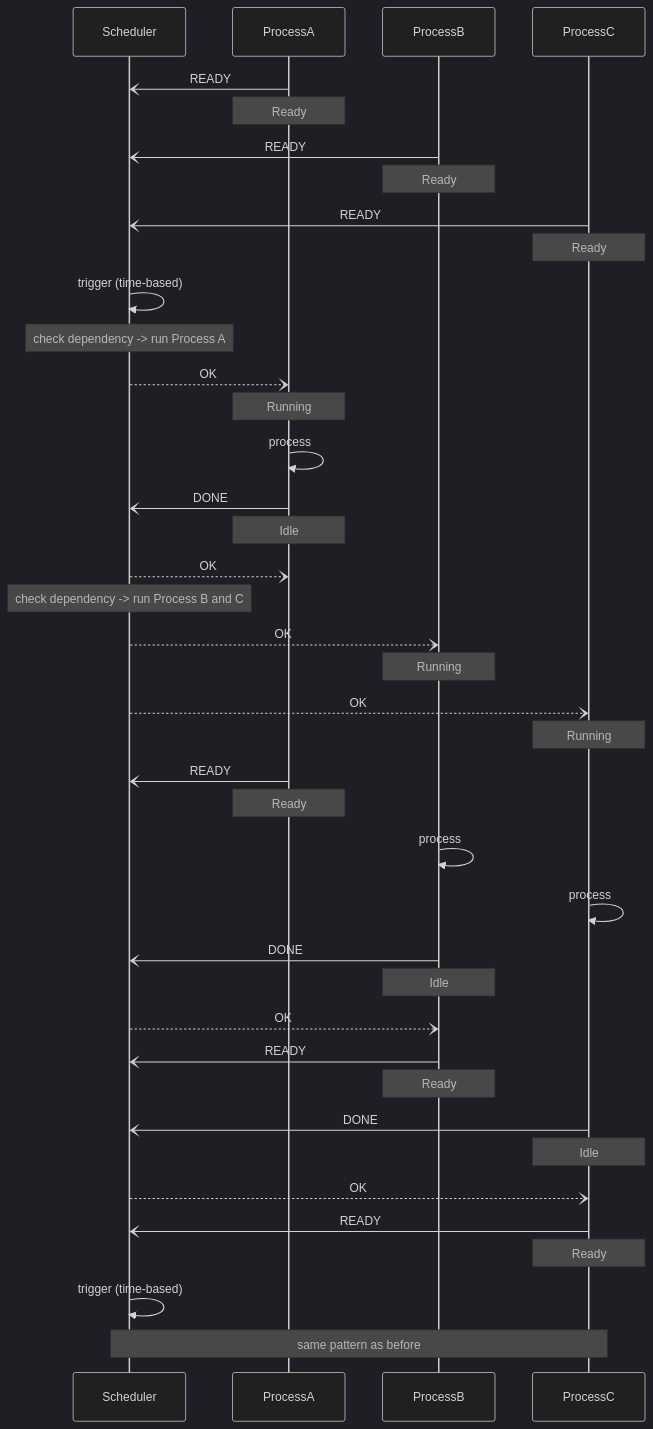
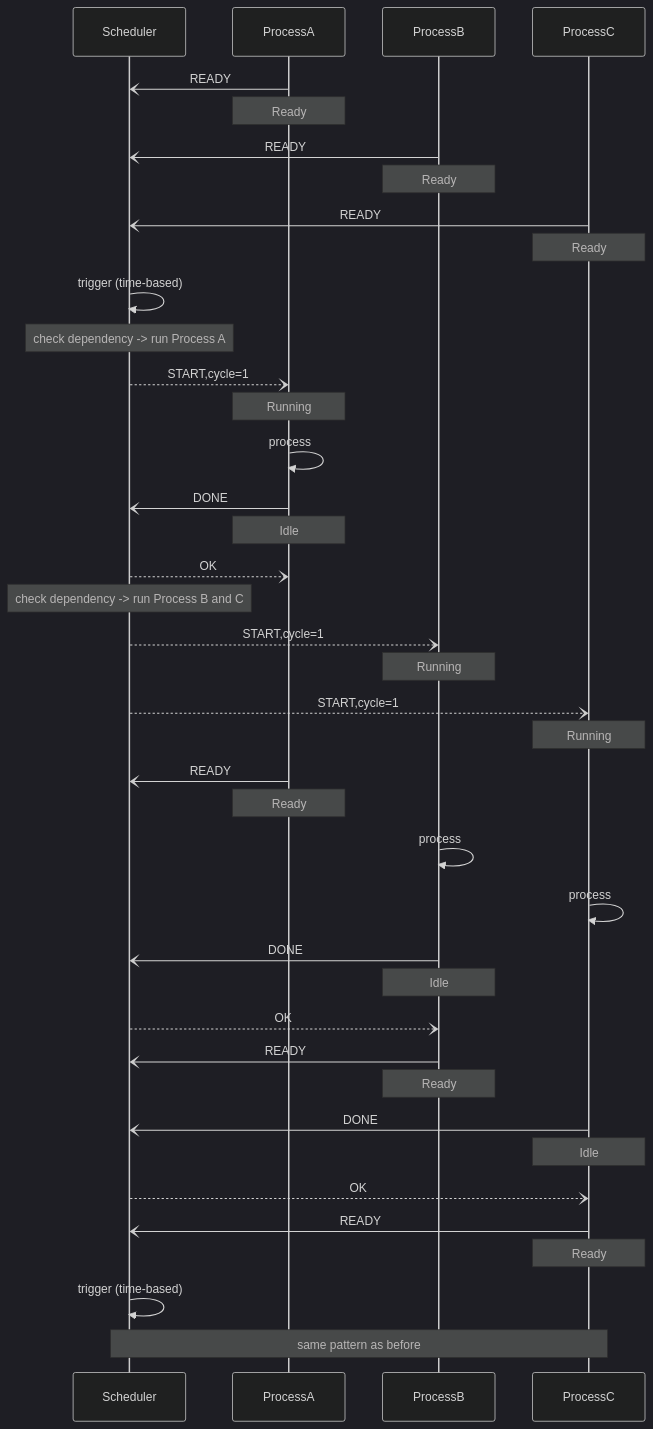
Before and after one commit to nao-kawano/ritsu-scheduler: the second of 2 diagrams in docs/message-sequence.md, drawn with Mermaid (dark theme). The commit also changed other lines of this file and 4 other files, not shown here.

First line of the commit message:
docs: refine message formats and flows for better extensibility and operability

````diff
--- a/docs/message-sequence.md
+++ b/docs/message-sequence.md
@@ -79,51 +79,51 @@
 ```mermaid
 sequenceDiagram
   participant S as Scheduler
   participant A as ProcessA
   participant B as ProcessB
   participant C as ProcessC
 
   A -) S: READY
     Note over A: Ready
   B -) S: READY
     Note over B: Ready
   C -) S: READY
     Note over C: Ready
 
   S ->> S: trigger (time-based)
   Note over S: check dependency -> run Process A
 
-  S --) A: OK
+  S --) A: START,cycle=1
   Note over A: Running
   A ->> A: process
   A -) S: DONE
   Note over A: Idle
   S --) A: OK
 
   Note over S: check dependency -> run Process B and C
-  S --) B: OK
+  S --) B: START,cycle=1
   Note over B: Running
-  S --) C: OK
+  S --) C: START,cycle=1
   Note over C: Running
 
   A -) S: READY
     Note over A: Ready
 
   B ->> B: process
   C ->> C: process
 
   B -) S: DONE
   Note over B: Idle
   S --) B: OK
   B -) S: READY
     Note over B: Ready
 
   C -) S: DONE
   Note over C: Idle
   S --) C: OK
   C -) S: READY
     Note over C: Ready
 
   S ->> S: trigger (time-based)
   Note over S,C: same pattern as before
 ```
````
